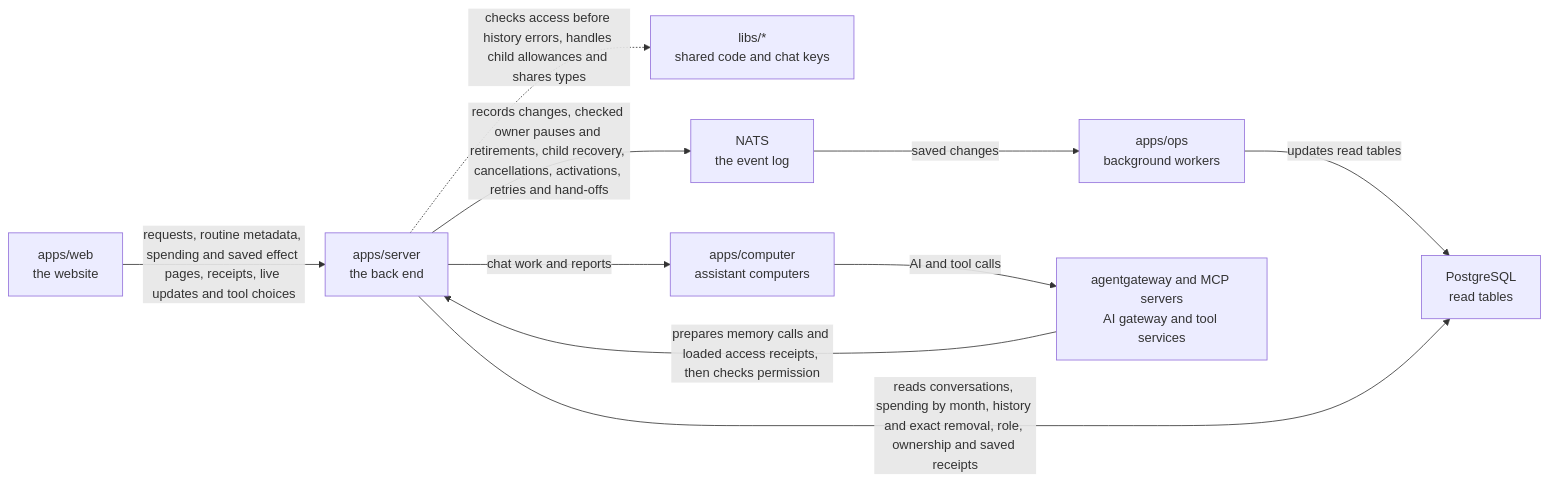
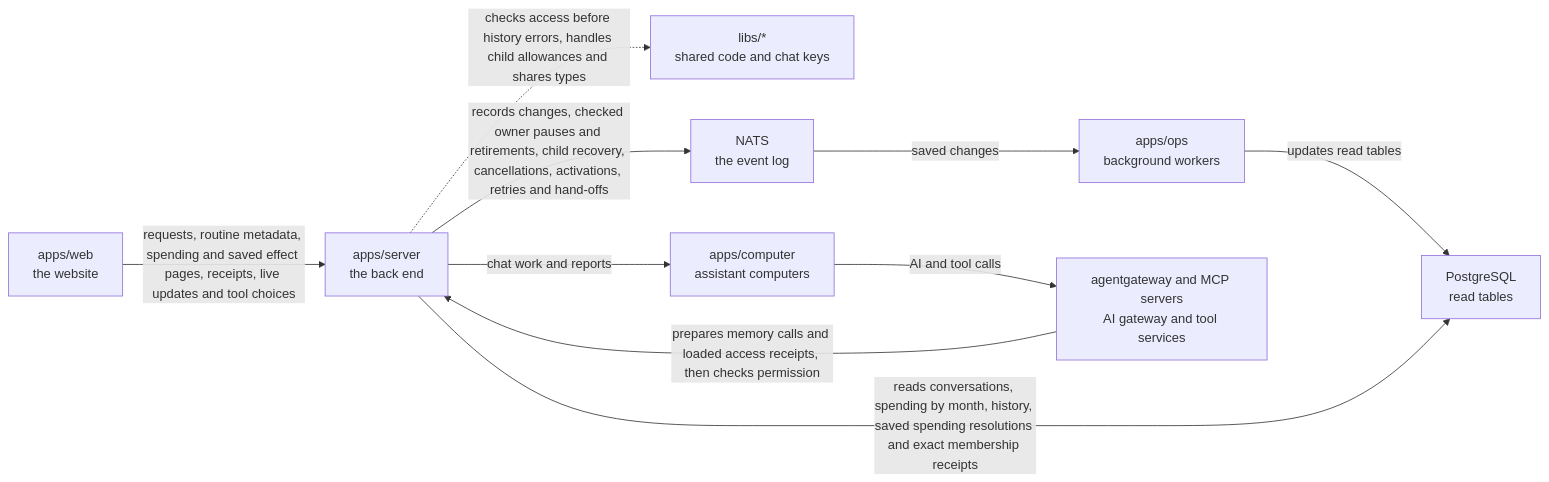
Before and after one commit to elewa-git/opencrane-new: the diagram in apps/server/README.md, drawn with Mermaid. The commit also changed other lines of this file and 9 other files, not shown here.

Commit message:
🧾 Identify saved spending resolutions in change history

````diff
--- a/apps/server/README.md
+++ b/apps/server/README.md
@@ -50,12 +52,12 @@
 ```mermaid
 flowchart LR
   web["apps/web<br/>the website"] -->|requests, routine metadata, spending and saved effect pages, receipts, live updates and tool choices| server["apps/server<br/>the back end"]
   server -.->|checks access before history errors, handles child allowances and shares types| libs["libs/*<br/>shared code and chat keys"]
   server -->|records changes, checked owner pauses and retirements, child recovery, cancellations, activations, retries and hand-offs| nats["NATS<br/>the event log"]
   nats -->|saved changes| ops["apps/ops<br/>background workers"]
   ops -->|updates read tables| postgres["PostgreSQL<br/>read tables"]
-  server -->|reads conversations, spending by month, history and exact removal, role, ownership and saved receipts| postgres
+  server -->|reads conversations, spending by month, history, saved spending resolutions and exact membership receipts| postgres
   server -->|chat work and reports| computer["apps/computer<br/>assistant computers"]
   computer -->|AI and tool calls| runtime["agentgateway and MCP servers<br/>AI gateway and tool services"]
   runtime -->|prepares memory calls and loaded access receipts, then checks permission| server
 ```
````
